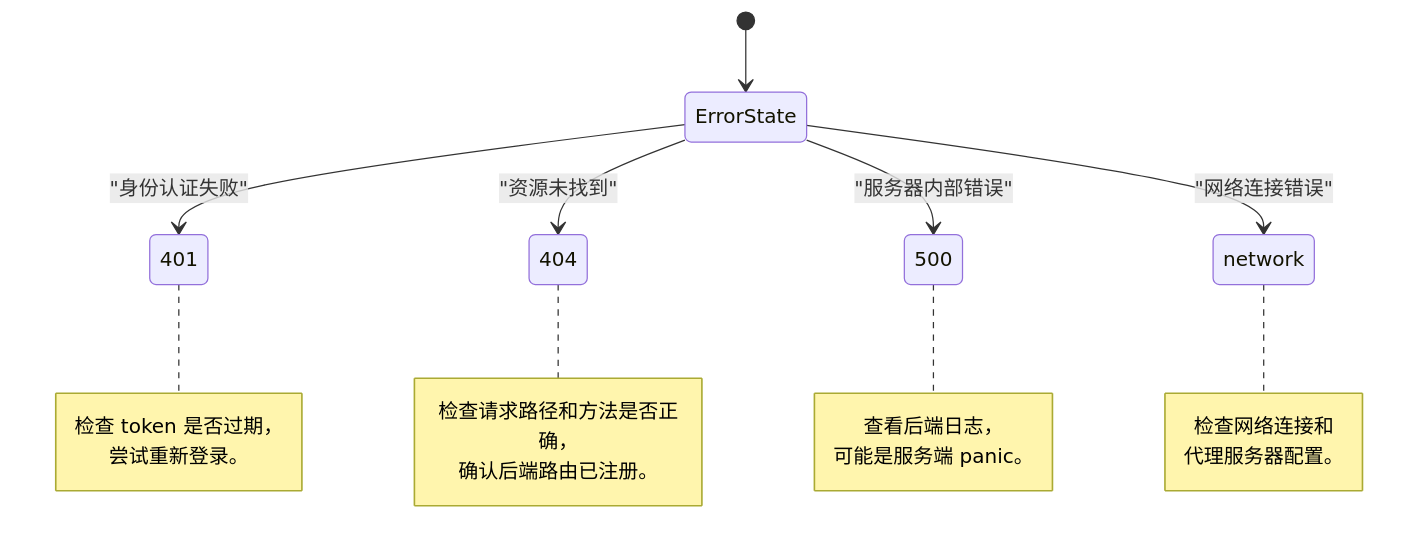
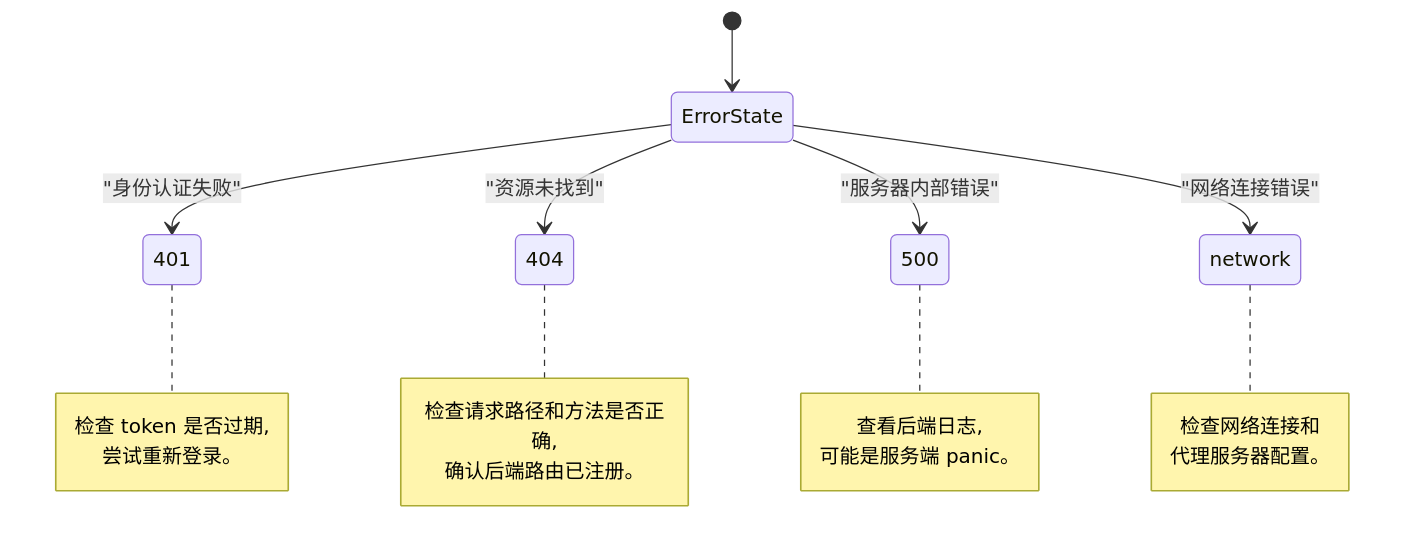
Before and after one commit to lele0124/qqgva: the eighth of 8 diagrams in .qoder/repowiki/zh/content/前端架构/API 客户端与请求封装.md, drawn with Mermaid. The commit also changed other lines of this file and 353 other files, not shown here.

````diff
--- a/.qoder/repowiki/zh/content/前端架构/API 客户端与请求封装.md
+++ b/.qoder/repowiki/zh/content/前端架构/API 客户端与请求封装.md
@@ -217,24 +217,24 @@
 ```mermaid
 stateDiagram-v2
 [*] --> ErrorState
 ErrorState --> 401 : "身份认证失败"
 ErrorState --> 404 : "资源未找到"
 ErrorState --> 500 : "服务器内部错误"
 ErrorState --> network : "网络连接错误"
 note right of 401
-检查 token 是否过期，
+检查 token 是否过期,
 尝试重新登录。
 end note
 note right of 404
-检查请求路径和方法是否正确，
+检查请求路径和方法是否正确,
 确认后端路由已注册。
 end note
 note right of 500
-查看后端日志，
+查看后端日志,
 可能是服务端 panic。
 end note
 note right of network
 检查网络连接和
 代理服务器配置。
 end note
 ```
````
